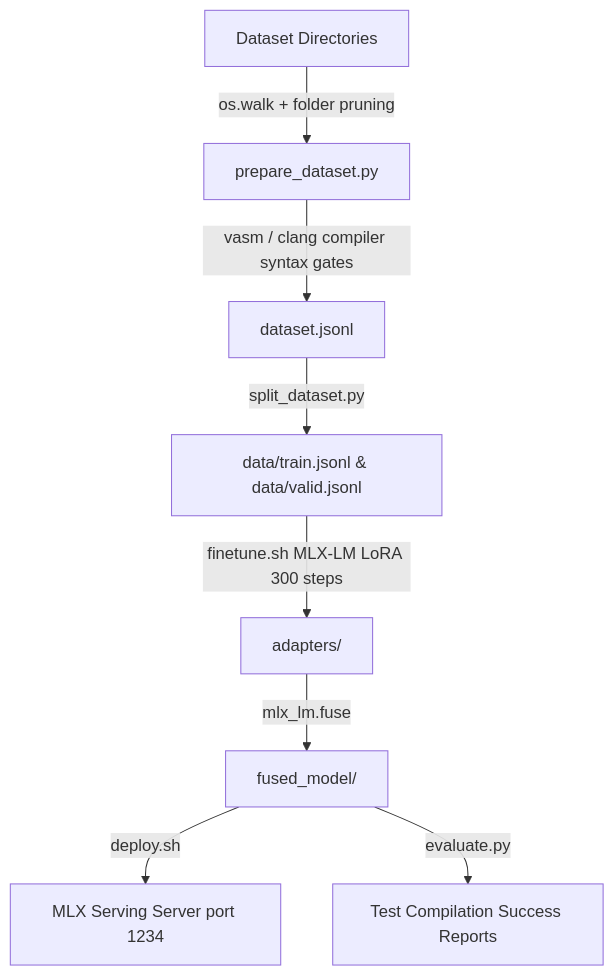
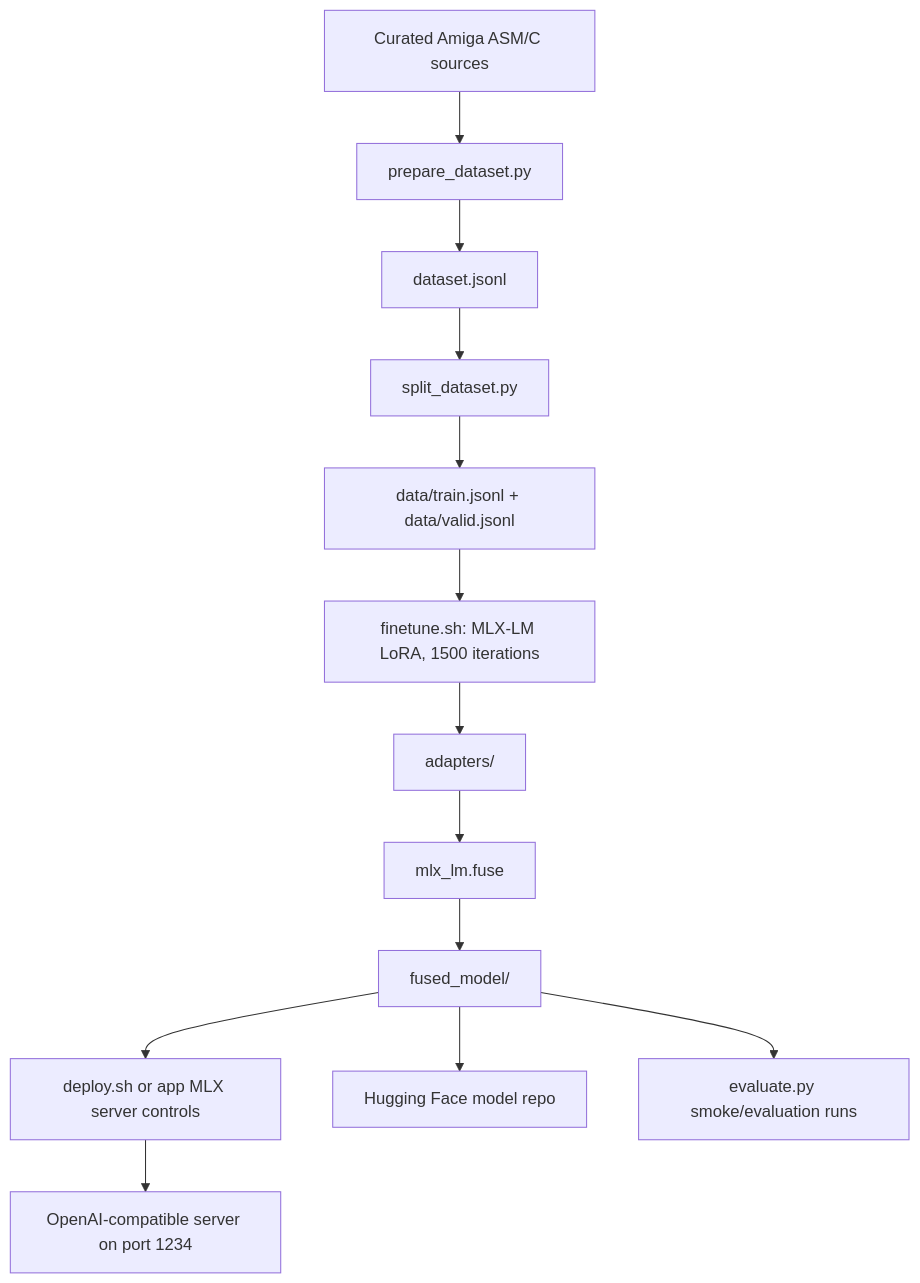
The diagram in Amiga/aMiLa/fine_tuning/walkthrough.md (GINNOV/littlethings), drawn with Mermaid before and after one commit. The commit also changed other lines of this file and 40 other files, not shown here.

Commit message:
feat: broaden Amiga ASM reliability gates

````diff
--- a/Amiga/aMiLa/fine_tuning/walkthrough.md
+++ b/Amiga/aMiLa/fine_tuning/walkthrough.md
@@ -13,10 +17,15 @@
 ```mermaid
 graph TD
-    A[Dataset Directories] -->|os.walk + folder pruning| B[prepare_dataset.py]
-    B -->|vasm / clang compiler syntax gates| C[dataset.jsonl]
-    C -->|split_dataset.py| D[data/train.jsonl & data/valid.jsonl]
-    D -->|finetune.sh MLX-LM LoRA 300 steps| E[adapters/]
-    E -->|mlx_lm.fuse| F[fused_model/]
-    F -->|deploy.sh| G[MLX Serving Server port 1234]
-    F -->|evaluate.py| H[Test Compilation Success Reports]
+    A[Curated Amiga ASM/C sources] --> B[prepare_dataset.py]
+    B --> C[dataset.jsonl]
+    C --> D[split_dataset.py]
+    D --> E[data/train.jsonl + data/valid.jsonl]
+    E --> F[finetune.sh: MLX-LM LoRA, 1500 iterations]
+    F --> G[adapters/]
+    G --> H[mlx_lm.fuse]
+    H --> I[fused_model/]
+    I --> J[deploy.sh or app MLX server controls]
+    J --> K[OpenAI-compatible server on port 1234]
+    I --> L[Hugging Face model repo]
+    I --> M[evaluate.py smoke/evaluation runs]
 ```
````
